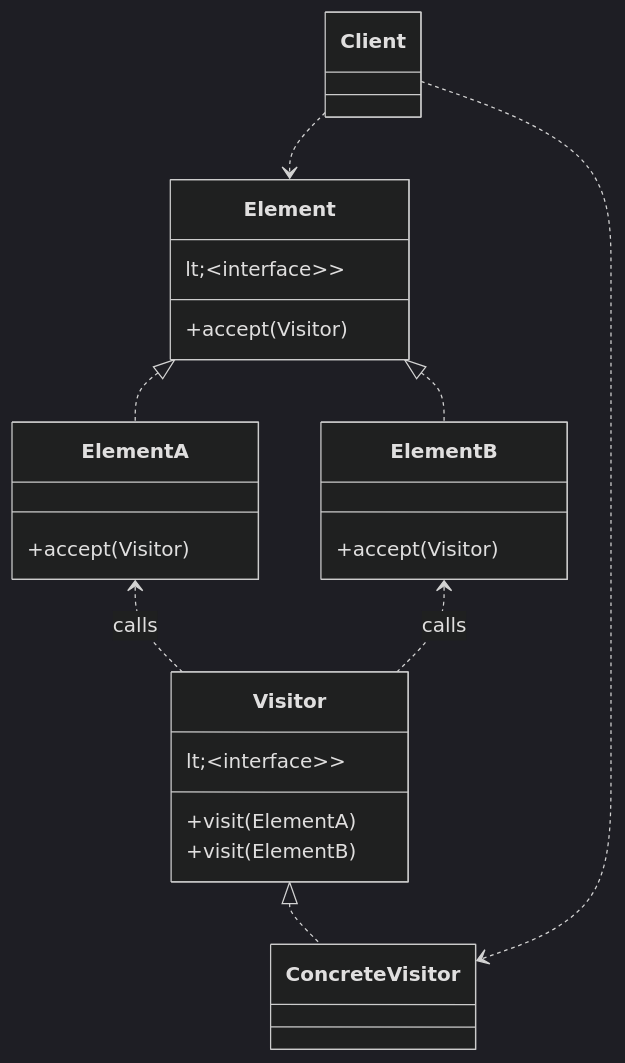
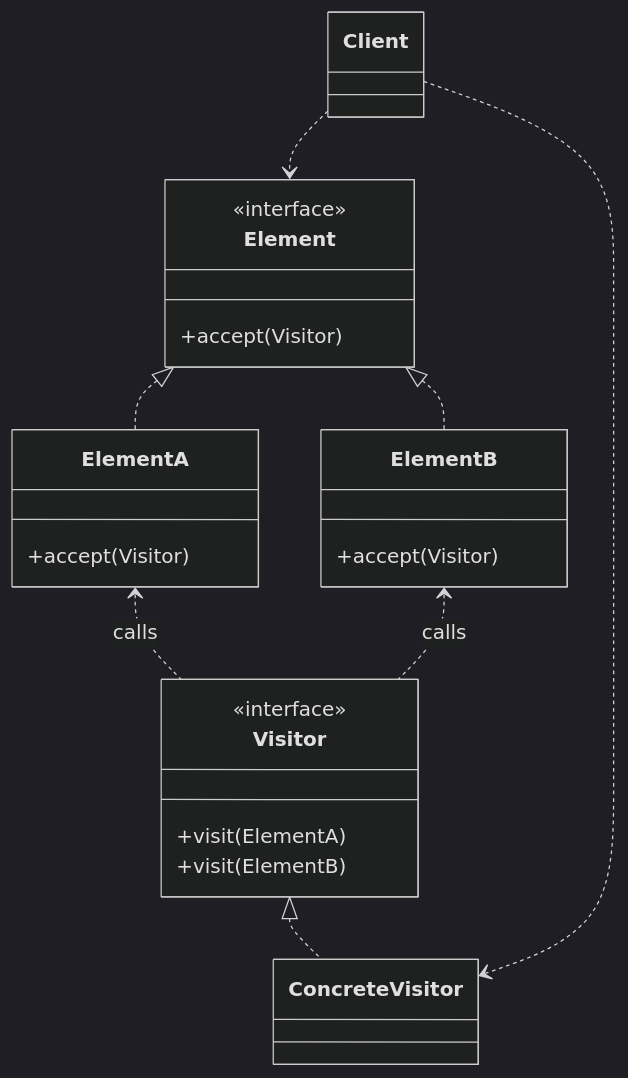
Diagram 22 of 22 in software-architecture/design-patterns/gof.md (bmeurant/technical-docs), drawn with Mermaid (dark theme) before and after one commit. The commit also changed other lines of this file and 34 other files, not shown here.

First line of the commit message:
feat: Complete comprehensive architectural review and enhancement

````diff
--- a/software-architecture/design-patterns/gof.md
+++ b/software-architecture/design-patterns/gof.md
@@ -801,27 +801,27 @@
     ```mermaid
     classDiagram
         class Client
         class Element {
-            lt;&lt;interface&gt;&gt;
+            <<interface>>
             +accept(Visitor)
         }
         class ElementA {
             +accept(Visitor)
         }
         class ElementB {
             +accept(Visitor)
         }
         class Visitor {
-            lt;&lt;interface&gt;&gt;
+            <<interface>>
             +visit(ElementA)
             +visit(ElementB)
         }
         class ConcreteVisitor
         Element <|.. ElementA
         Element <|.. ElementB
         ElementA <.. Visitor : calls
         ElementB <.. Visitor : calls
         Visitor <|.. ConcreteVisitor
         Client ..> Element
         Client ..> ConcreteVisitor
     ```
````
